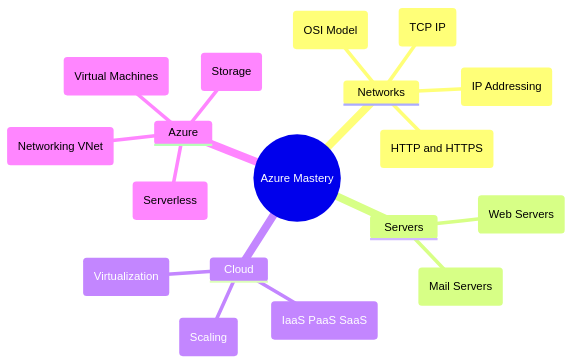
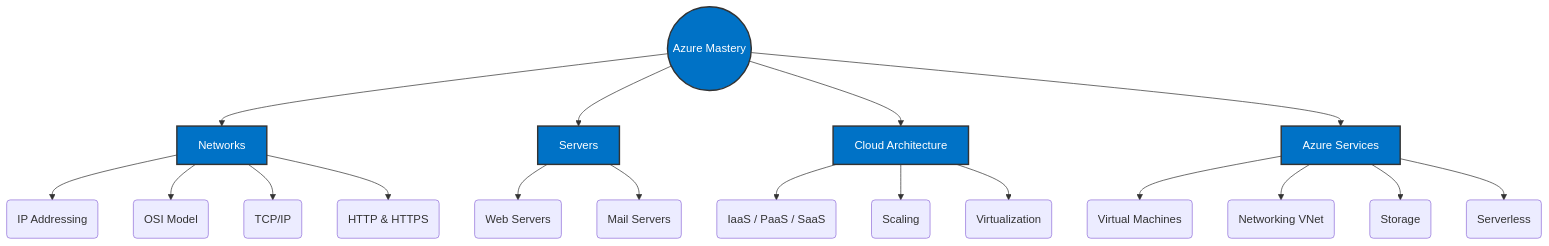
Before and after one commit to itspriyanshuks17/azure_learning: the diagram in README.md, drawn with Mermaid. The commit also changed other lines of this file, not shown here.

Commit message:
fix(docs): replace mermaid mindmap with stable graph TD to resolve syntax errors

````diff
--- a/README.md
+++ b/README.md
@@ -14,21 +15,34 @@
 ```mermaid
-mindmap
-  root((Azure Mastery))
-    Networks
-      IP(IP Addressing)
-      OSI(OSI Model)
-      TCPIP(TCP IP)
-      HTTP(HTTP and HTTPS)
-    Servers
-      Web(Web Servers)
-      Mail(Mail Servers)
-    Cloud
-      Models(IaaS PaaS SaaS)
-      Scaling(Scaling)
-      Virt(Virtualization)
-    Azure
-      VM(Virtual Machines)
-      VNet(Networking VNet)
-      Storage(Storage)
-      Serverless(Serverless)
+graph TD
+  Root((Azure Mastery))
+
+  %% Networks Branch
+  Root --> Networks[Networks]
+  Networks --> IP(IP Addressing)
+  Networks --> OSI(OSI Model)
+  Networks --> TCPIP(TCP/IP)
+  Networks --> HTTP(HTTP & HTTPS)
+
+  %% Servers Branch
+  Root --> Servers[Servers]
+  Servers --> Web(Web Servers)
+  Servers --> Mail(Mail Servers)
+
+  %% Cloud Branch
+  Root --> Cloud[Cloud Architecture]
+  Cloud --> Models(IaaS / PaaS / SaaS)
+  Cloud --> Scaling(Scaling)
+  Cloud --> Virt(Virtualization)
+
+  %% Azure Branch
+  Root --> Azure[Azure Services]
+  Azure --> VM(Virtual Machines)
+  Azure --> VNet(Networking VNet)
+  Azure --> Storage(Storage)
+  Azure --> Serverless(Serverless)
+
+  %% Styling
+  classDef main fill:#0072C6,stroke:#333,stroke-width:2px,color:white;
+  classDef sub fill:#444,stroke:#333,stroke-width:1px,color:white;
+  class Root,Networks,Servers,Cloud,Azure main;
 ```
````
